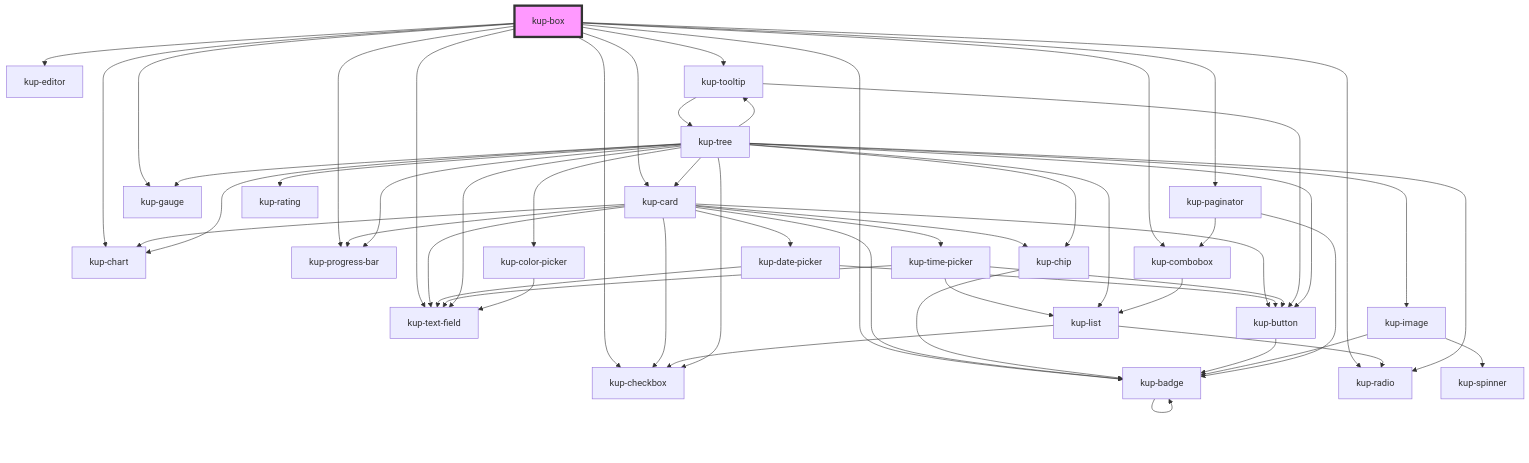
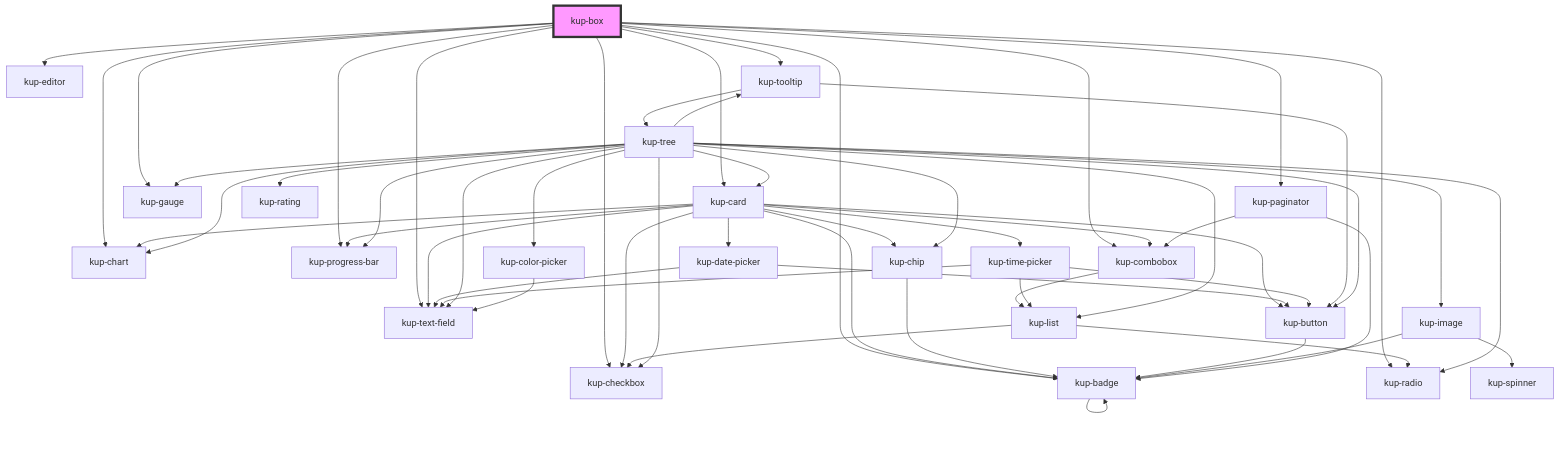
Before and after one commit to smeup/ketchup: the diagram in packages/ketchup/src/components/kup-box/readme.md, drawn with Mermaid. The commit also changed 11 other files, not shown here.

````diff
--- a/packages/ketchup/src/components/kup-box/readme.md
+++ b/packages/ketchup/src/components/kup-box/readme.md
@@ -111,57 +111,58 @@
 ```mermaid
 graph TD;
   kup-box --> kup-card
   kup-box --> kup-checkbox
   kup-box --> kup-badge
   kup-box --> kup-chart
   kup-box --> kup-editor
   kup-box --> kup-text-field
   kup-box --> kup-progress-bar
   kup-box --> kup-radio
   kup-box --> kup-gauge
   kup-box --> kup-tooltip
   kup-box --> kup-combobox
   kup-box --> kup-paginator
   kup-card --> kup-chip
   kup-card --> kup-button
   kup-card --> kup-badge
   kup-card --> kup-progress-bar
   kup-card --> kup-chart
   kup-card --> kup-checkbox
+  kup-card --> kup-combobox
   kup-card --> kup-date-picker
   kup-card --> kup-text-field
   kup-card --> kup-time-picker
   kup-chip --> kup-badge
   kup-badge --> kup-badge
   kup-button --> kup-badge
+  kup-combobox --> kup-list
+  kup-list --> kup-radio
+  kup-list --> kup-checkbox
   kup-date-picker --> kup-text-field
   kup-date-picker --> kup-button
   kup-time-picker --> kup-text-field
   kup-time-picker --> kup-button
   kup-time-picker --> kup-list
-  kup-list --> kup-radio
-  kup-list --> kup-checkbox
   kup-tooltip --> kup-button
   kup-tooltip --> kup-tree
   kup-tree --> kup-image
   kup-tree --> kup-button
   kup-tree --> kup-chart
   kup-tree --> kup-checkbox
   kup-tree --> kup-chip
   kup-tree --> kup-color-picker
   kup-tree --> kup-gauge
   kup-tree --> kup-progress-bar
   kup-tree --> kup-rating
   kup-tree --> kup-radio
   kup-tree --> kup-tooltip
   kup-tree --> kup-list
   kup-tree --> kup-text-field
   kup-tree --> kup-card
   kup-image --> kup-spinner
   kup-image --> kup-badge
   kup-color-picker --> kup-text-field
-  kup-combobox --> kup-list
   kup-paginator --> kup-combobox
   kup-paginator --> kup-badge
   style kup-box fill:#f9f,stroke:#333,stroke-width:4px
 ```
````
